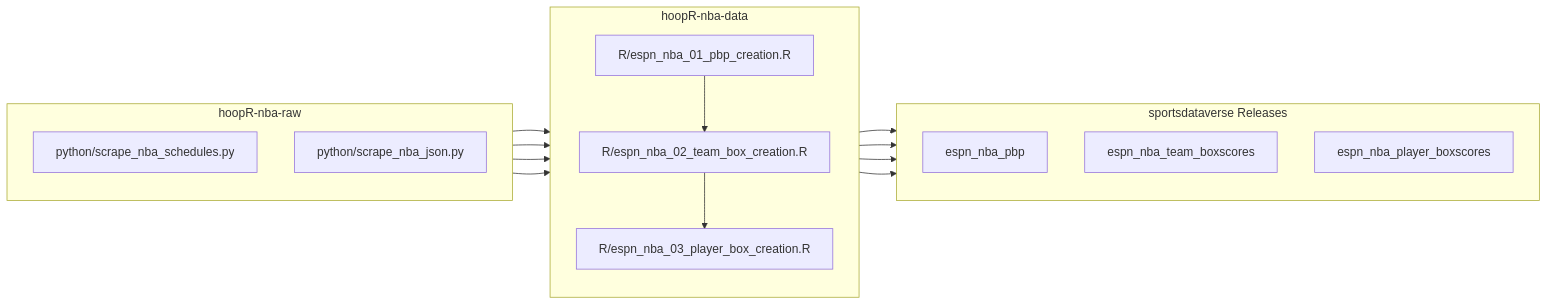
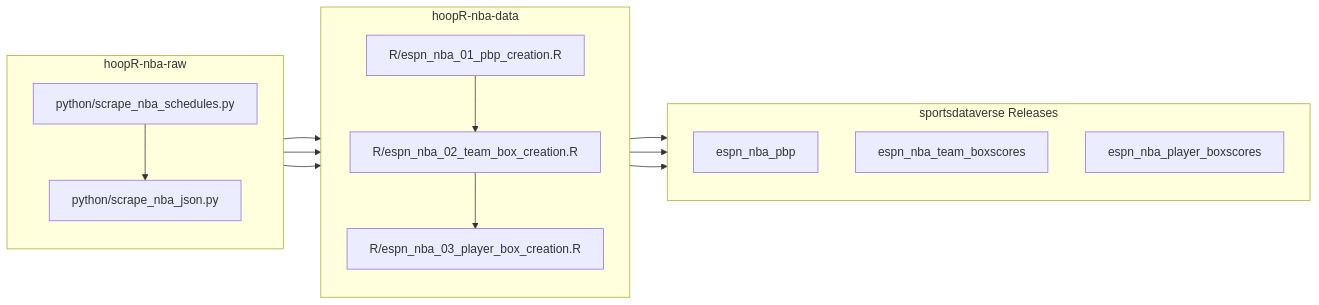
One commit to sportsdataverse/hoopR-nba-raw changed the second of 2 diagrams in README.md. Above: the diagram before and after it, drawn with Mermaid.

Commit message:
second diagram

````diff
--- a/README.md
+++ b/README.md
@@ -12,30 +12,28 @@
 ```mermaid
 flowchart LR;
     subgraph A[hoopR-nba-raw];
         direction TB;
-        A1[python/scrape_nba_schedules.py]
-        A2[python/scrape_nba_json.py];
+        A1[python/scrape_nba_schedules.py]-->A2[python/scrape_nba_json.py];
     end;
 
     subgraph B[hoopR-nba-data];
         direction TB;
         B1[R/espn_nba_01_pbp_creation.R]-->B2[R/espn_nba_02_team_box_creation.R];
         B2[R/espn_nba_02_team_box_creation.R]-->B3[R/espn_nba_03_player_box_creation.R];
     end;
 
     subgraph C[sportsdataverse Releases];
         direction TB;
         C1[espn_nba_pbp];
         C2[espn_nba_team_boxscores];
         C3[espn_nba_player_boxscores];
     end;
 
-    A-->B-->C;
     A2[python/scrape_nba_json.py]-->B1[R/espn_nba_01_pbp_creation.R];
     A2[python/scrape_nba_json.py]-->B2[R/espn_nba_02_team_box_creation.R];
     A2[python/scrape_nba_json.py]-->B3[R/espn_nba_03_player_box_creation.R];
     B1[R/espn_nba_01_pbp_creation.R]-->C1[espn_nba_pbp];
     B2[R/espn_nba_02_team_box_creation.R]-->C2[espn_nba_team_boxscores];
     B3[R/espn_nba_03_player_box_creation.R]-->C3[espn_nba_player_boxscores];
 
 ```
````
